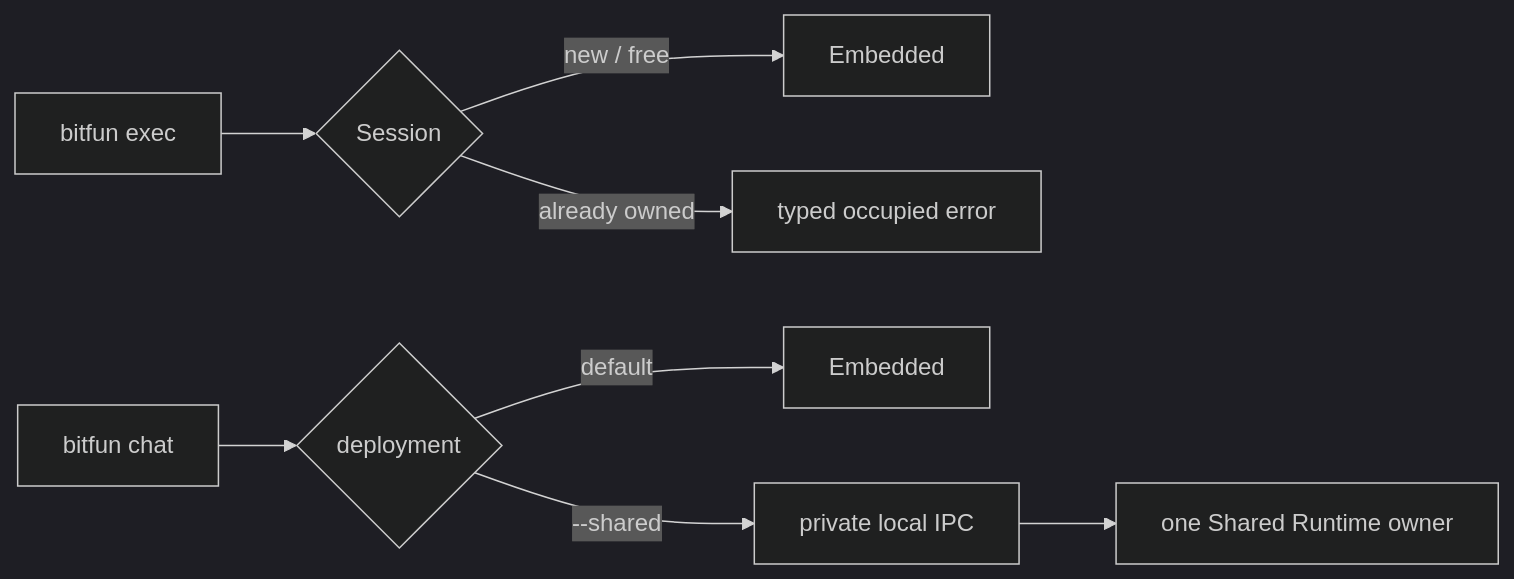
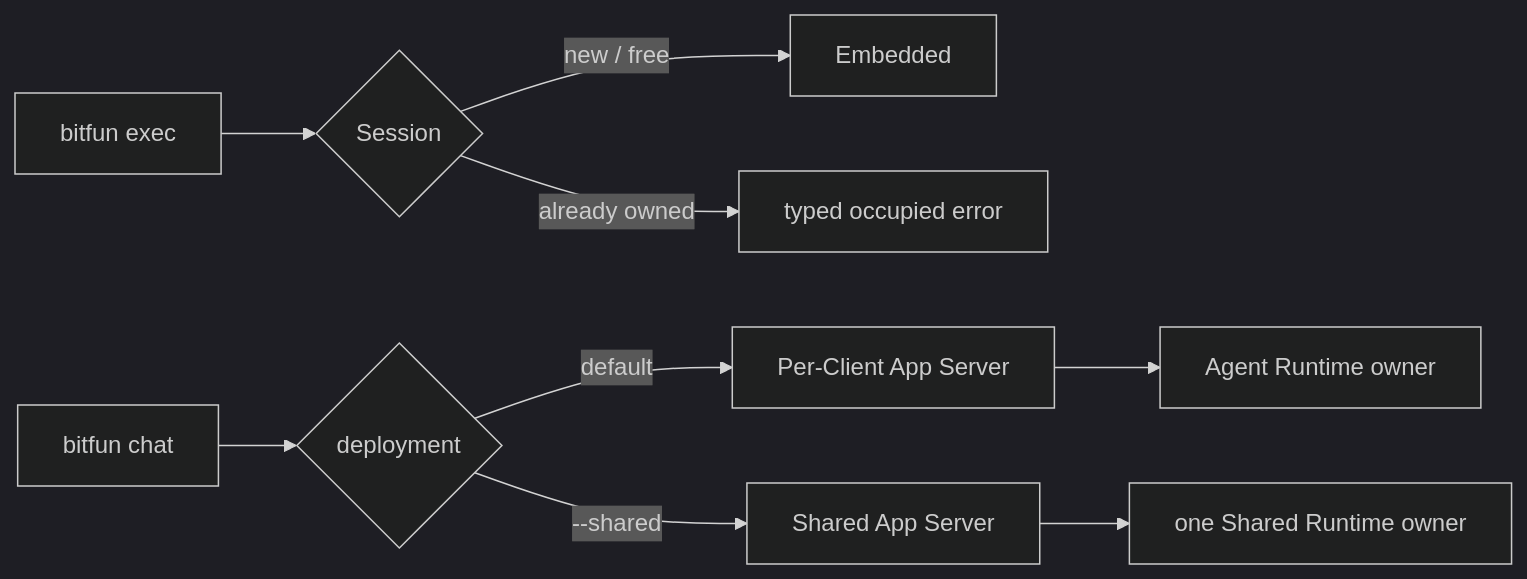
The first of 2 diagrams in docs/architecture/cli-product-line-design.md (GCWing/BitFun), drawn with Mermaid (dark theme) before and after one commit. The commit also changed other lines of this file and 13 other files, not shown here.

Commit message:
feat(doct): add app server design

````diff
--- a/docs/architecture/cli-product-line-design.md
+++ b/docs/architecture/cli-product-line-design.md
@@ -317,11 +326,12 @@
 ```mermaid
 flowchart LR
   Exec["bitfun exec"] --> Choice{"Session"}
   Choice -->|"new / free"| Embedded["Embedded"]
   Choice -->|"already owned"| Reject["typed occupied error"]
 
   TUI["bitfun chat"] --> Deploy{"deployment"}
-  Deploy -->|"default"| EmbeddedTui["Embedded"]
-  Deploy -->|"--shared"| SharedTui["private local IPC"]
-  SharedTui --> Runtime["one Shared Runtime owner"]
+  Deploy -->|"default"| Managed["Per-Client App Server"]
+  Deploy -->|"--shared"| Shared["Shared App Server"]
+  Managed --> Runtime1["Agent Runtime owner"]
+  Shared --> Runtime2["one Shared Runtime owner"]
 ```
````
